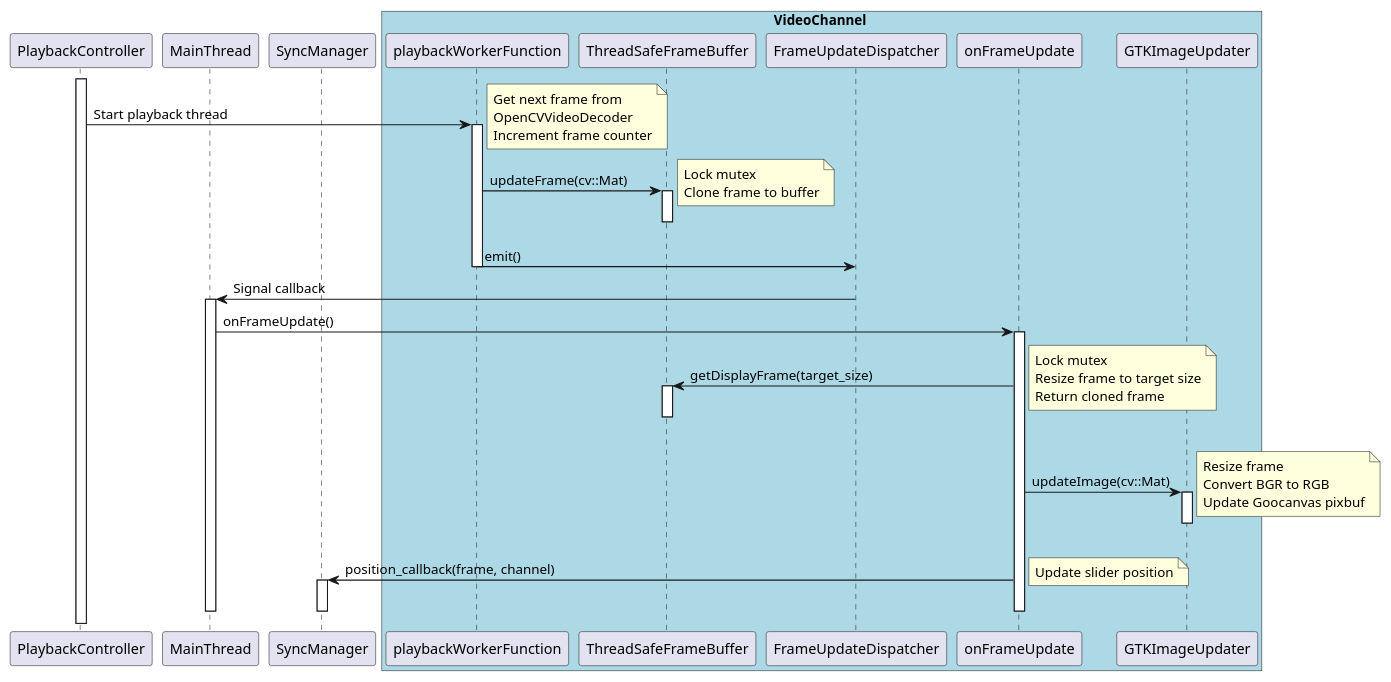
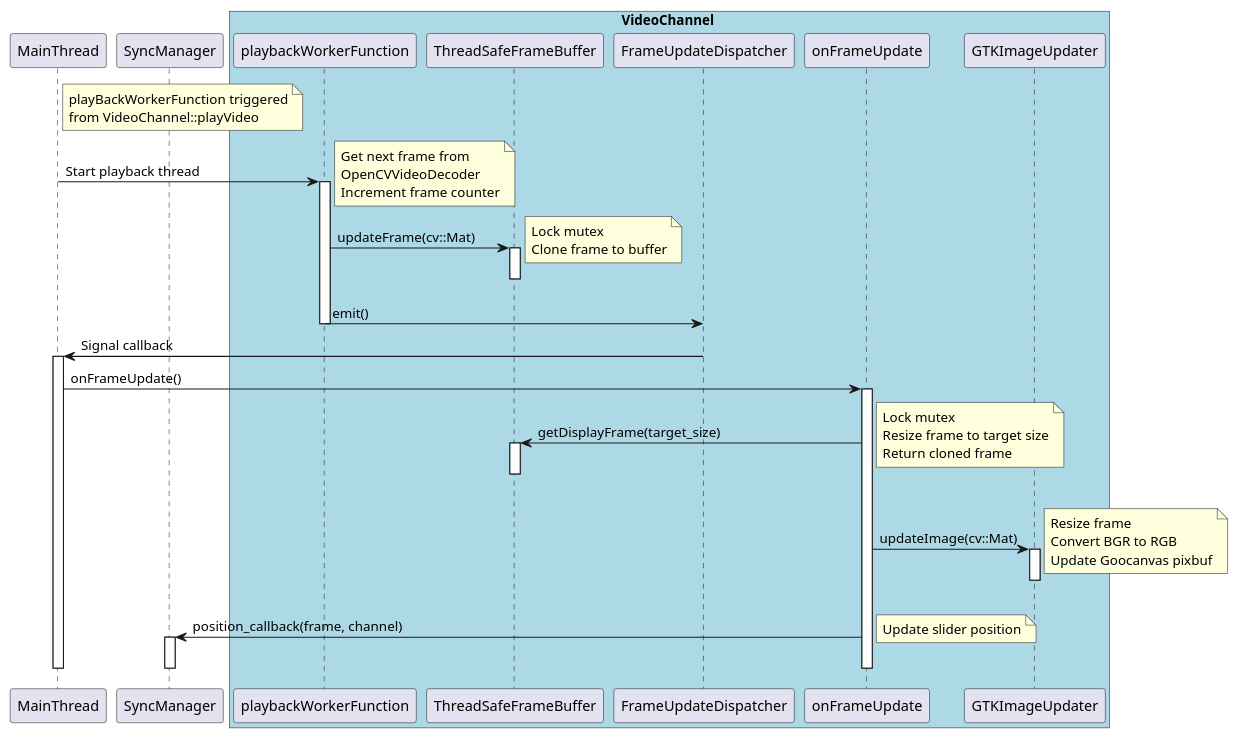
One commit to timwalsh41/SwingAnalyzer changed the first of 3 diagrams in design/Video channel frame update.md. Above: the diagram before and after it, drawn with PlantUML. The commit also changed other lines of this file and 3 other files, not shown here.

````diff
--- a/design/Video channel frame update.md
+++ b/design/Video channel frame update.md
@@ -14,49 +14,48 @@
 ```plantuml
 
 @startuml
 
-participant PlaybackController
 participant MainThread
 participant SyncManager
 
 box VideoChannel #LightBlue
 participant playbackWorkerFunction
 participant ThreadSafeFrameBuffer
 participant FrameUpdateDispatcher
 participant onFrameUpdate
 participant GTKImageUpdater
 end box
 
-activate PlaybackController
-PlaybackController -> playbackWorkerFunction : Start playback thread
+note right of MainThread : playBackWorkerFunction triggered\nfrom VideoChannel::playVideo
+MainThread -> playbackWorkerFunction : Start playback thread
 activate playbackWorkerFunction
 note right: Get next frame from\nOpenCVVideoDecoder\nIncrement frame counter
 playbackWorkerFunction -> ThreadSafeFrameBuffer : updateFrame(cv::Mat)
 activate ThreadSafeFrameBuffer
 note right: Lock mutex\nClone frame to buffer
 deactivate ThreadSafeFrameBuffer
 playbackWorkerFunction -> FrameUpdateDispatcher : emit()
 deactivate playbackWorkerFunction
 
 FrameUpdateDispatcher -> MainThread : Signal callback
 activate MainThread
 MainThread -> onFrameUpdate : onFrameUpdate()
 activate onFrameUpdate
 onFrameUpdate -> ThreadSafeFrameBuffer : getDisplayFrame(target_size)
 activate ThreadSafeFrameBuffer
 note right: Lock mutex\nResize frame to target size\nReturn cloned frame
 deactivate ThreadSafeFrameBuffer
 onFrameUpdate -> GTKImageUpdater : updateImage(cv::Mat)
 activate GTKImageUpdater
 note right: Resize frame\nConvert BGR to RGB\nUpdate Goocanvas pixbuf
 deactivate GTKImageUpdater
 onFrameUpdate -> SyncManager : position_callback(frame, channel)
 activate SyncManager
 note right: Update slider position
 deactivate SyncManager
 deactivate onFrameUpdate
 deactivate MainThread
 
 @enduml
 
 ```
````
